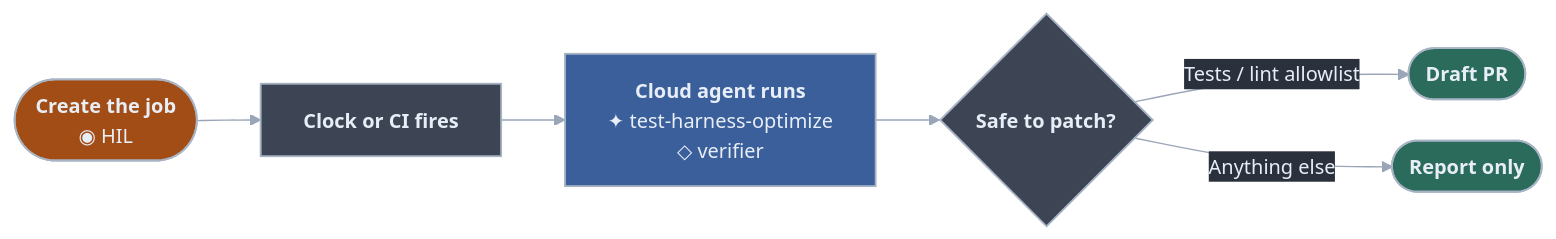
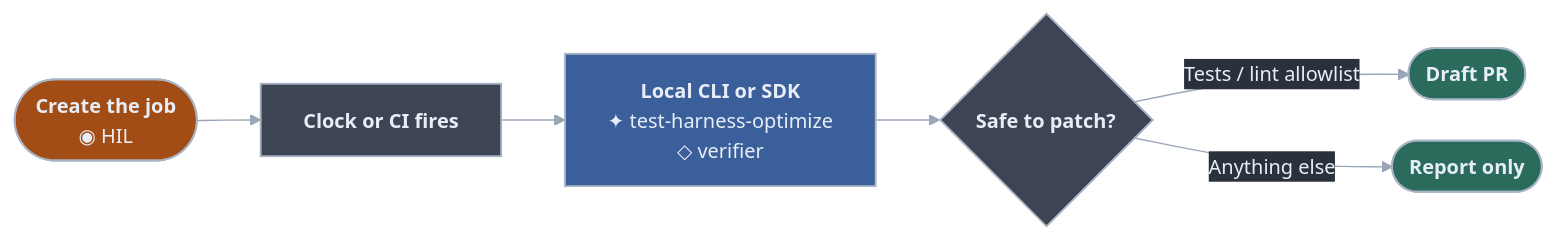
One commit to RaphaelBecker/cursor-harness changed the ninth of 14 diagrams in README.md. Above: the diagram before and after it, drawn with Mermaid. The commit also changed other lines of this file and 9 other files, not shown here.

````diff
--- a/README.md
+++ b/README.md
@@ -516,23 +520,23 @@
 ```mermaid
 %%{init: {"theme":"base","themeVariables":{"darkMode":true,"fontFamily":"ui-sans-serif, system-ui, -apple-system, Segoe UI, sans-serif","fontSize":"15px","background":"#2B313C","lineColor":"#9AA6B8","textColor":"#9AA6B8","primaryTextColor":"#E8EEF7","edgeLabelBackground":"#2B313C"},"flowchart":{"curve":"basis","htmlLabels":true,"nodeSpacing":31,"rankSpacing":48,"padding":16,"useMaxWidth":true}}}%%
 flowchart LR
   A(["<b>Create the job</b><br/>◉ HIL"])
   B["<b>Clock or CI fires</b>"]
-  C["<b>Cloud agent runs</b><br/>✦ test-harness-optimize<br/>◇ verifier"]
+  C["<b>Local CLI or SDK</b><br/>✦ test-harness-optimize<br/>◇ verifier"]
   D{"<b>Safe to patch?</b>"}
   E(["<b>Draft PR</b>"])
   F(["<b>Report only</b>"])
 
   A --> B --> C --> D
   D -->|Tests / lint allowlist| E
   D -->|Anything else| F
 
   classDef skill fill:#3A5F9A,stroke:#A8B4C4,stroke-width:1.4px,color:#E8EEF7
   classDef hil fill:#A34D16,stroke:#A8B4C4,stroke-width:1.4px,color:#E8EEF7
   classDef you fill:#3D4554,stroke:#A8B4C4,stroke-width:1.4px,color:#E8EEF7
   classDef done fill:#2A6B5C,stroke:#A8B4C4,stroke-width:1.4px,color:#E8EEF7
   class A hil
   class B,D you
   class C skill
   class E,F done
 ```
````
